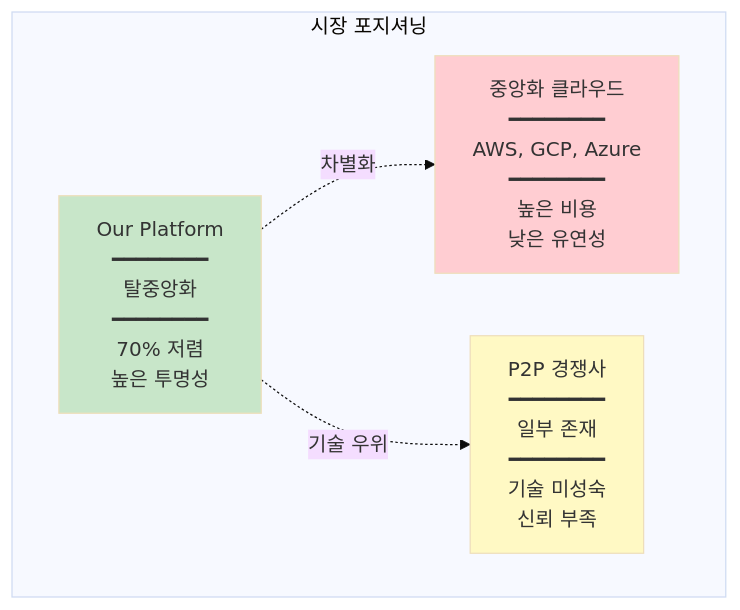
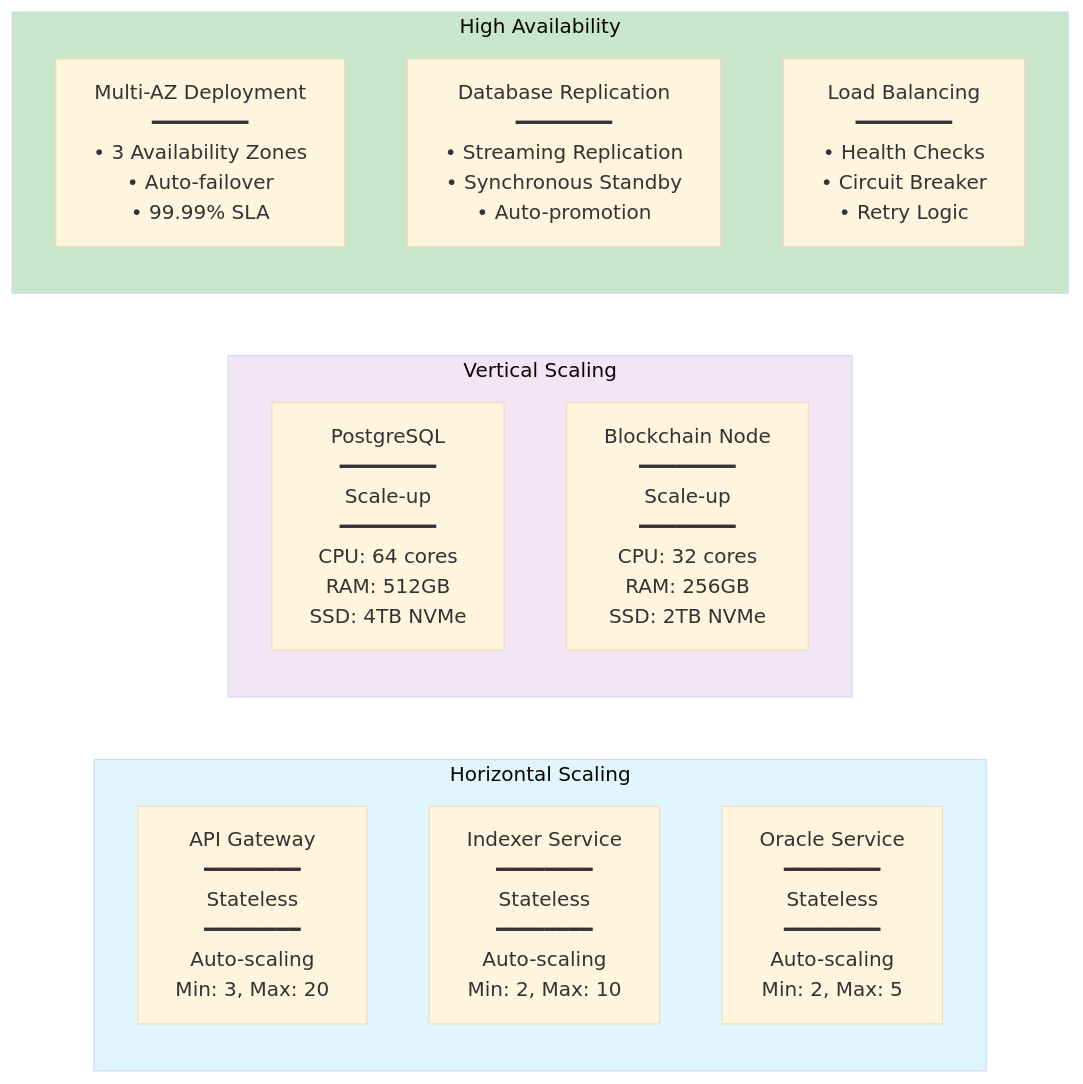
Before and after one commit to nubro999/riverbandMVP: the tenth of 13 diagrams in invest.md, drawn with Mermaid (base theme). The commit also changed other lines of this file, not shown here.

````diff
--- a/invest.md
+++ b/invest.md
@@ -646,25 +490,28 @@
 ```mermaid
-
-graph TB
-
-    subgraph Market["시장 포지셔닝"]
-
-        Centralized[중앙화 클라우드<br/>━━━━━━━━<br/>AWS, GCP, Azure<br/>━━━━━━━━<br/>높은 비용<br/>낮은 유연성]
-
-        OurPlatform[Our Platform<br/>━━━━━━━━<br/>탈중앙화<br/>━━━━━━━━<br/>70% 저렴<br/>높은 투명성]
-
-        Competitors[P2P 경쟁사<br/>━━━━━━━━<br/>일부 존재<br/>━━━━━━━━<br/>기술 미성숙<br/>신뢰 부족]
-
-    end
-
-    OurPlatform -.->|차별화| Centralized
-
-    OurPlatform -.->|기술 우위| Competitors
-
-    style OurPlatform fill:#c8e6c9
-
-    style Centralized fill:#ffcdd2
-
-    style Competitors fill:#fff9c4
-
+graph LR
+    subgraph Horizontal["Horizontal Scaling"]
+        H1[API Gateway<br/>━━━━━━━━<br/>Stateless<br/>━━━━━━━━<br/>Auto-scaling<br/>Min: 3, Max: 20]
+        
+        H2[Indexer Service<br/>━━━━━━━━<br/>Stateless<br/>━━━━━━━━<br/>Auto-scaling<br/>Min: 2, Max: 10]
+        
+        H3[Oracle Service<br/>━━━━━━━━<br/>Stateless<br/>━━━━━━━━<br/>Auto-scaling<br/>Min: 2, Max: 5]
+    end
+    
+    subgraph Vertical["Vertical Scaling"]
+        V1[PostgreSQL<br/>━━━━━━━━<br/>Scale-up<br/>━━━━━━━━<br/>CPU: 64 cores<br/>RAM: 512GB<br/>SSD: 4TB NVMe]
+        
+        V2[Blockchain Node<br/>━━━━━━━━<br/>Scale-up<br/>━━━━━━━━<br/>CPU: 32 cores<br/>RAM: 256GB<br/>SSD: 2TB NVMe]
+    end
+    
+    subgraph HA["High Availability"]
+        HA1[Multi-AZ Deployment<br/>━━━━━━━━<br/>• 3 Availability Zones<br/>• Auto-failover<br/>• 99.99% SLA]
+        
+        HA2[Database Replication<br/>━━━━━━━━<br/>• Streaming Replication<br/>• Synchronous Standby<br/>• Auto-promotion]
+        
+        HA3[Load Balancing<br/>━━━━━━━━<br/>• Health Checks<br/>• Circuit Breaker<br/>• Retry Logic]
+    end
+    
+    style Horizontal fill:#e1f5fe
+    style Vertical fill:#f3e5f5
+    style HA fill:#c8e6c9
 ```
````
